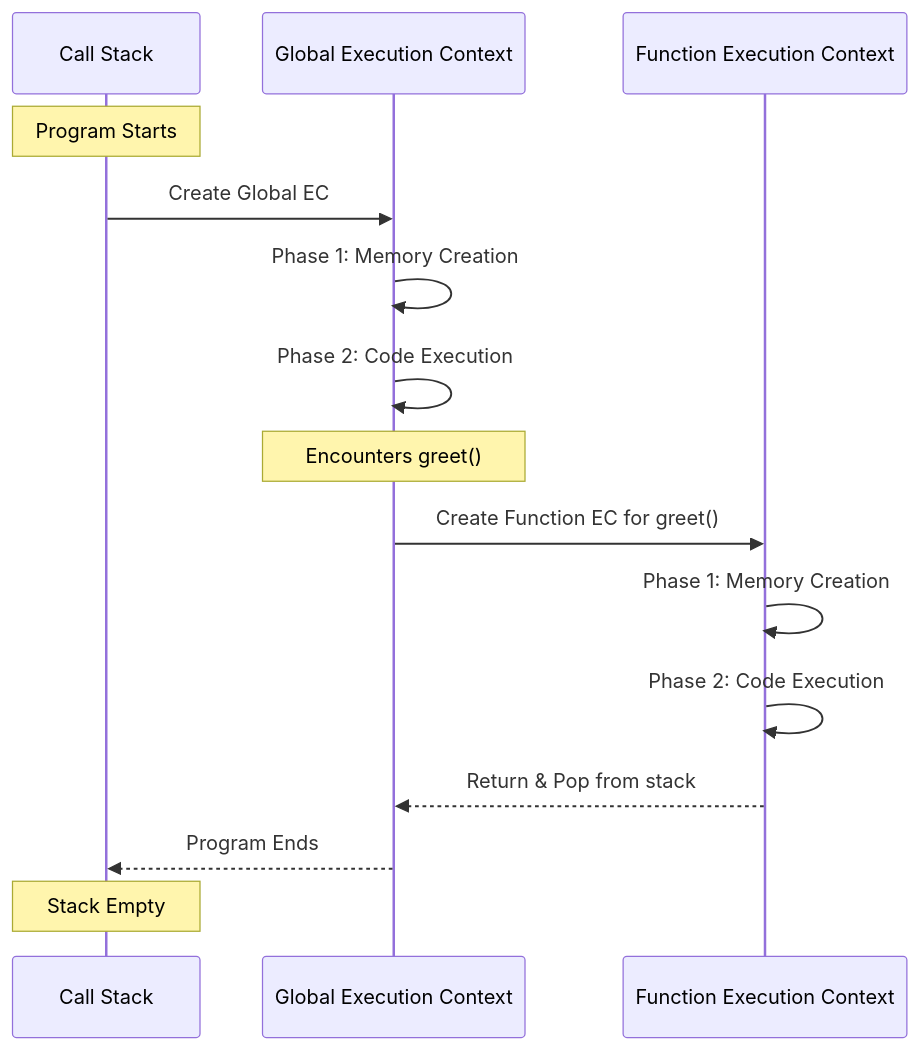
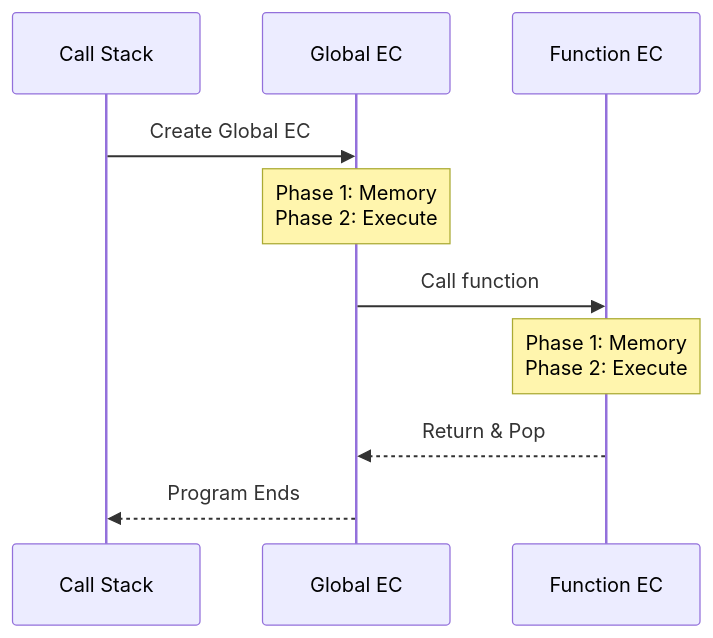
The first of 3 diagrams in concepts revision/javascript_fundamentals.md (IzharMohammed/JavaScript), drawn with Mermaid before and after one commit. The commit also changed other lines of this file, not shown here.

````diff
--- a/concepts revision/javascript_fundamentals.md
+++ b/concepts revision/javascript_fundamentals.md
@@ -292,20 +221,13 @@
 ```mermaid
 sequenceDiagram
     participant CS as Call Stack
-    participant GEC as Global Execution Context
-    participant FEC as Function Execution Context
+    participant GEC as Global EC
+    participant FEC as Function EC
     
-    Note over CS: Program Starts
     CS->>GEC: Create Global EC
-    GEC->>GEC: Phase 1: Memory Creation
-    GEC->>GEC: Phase 2: Code Execution
-    
-    Note over GEC: Encounters greet()
-    GEC->>FEC: Create Function EC for greet()
-    FEC->>FEC: Phase 1: Memory Creation
-    FEC->>FEC: Phase 2: Code Execution
-    FEC-->>GEC: Return & Pop from stack
-    
+    Note over GEC: Phase 1: Memory<br/>Phase 2: Execute
+    GEC->>FEC: Call function
+    Note over FEC: Phase 1: Memory<br/>Phase 2: Execute
+    FEC-->>GEC: Return & Pop
     GEC-->>CS: Program Ends
-    Note over CS: Stack Empty
 ```
````
